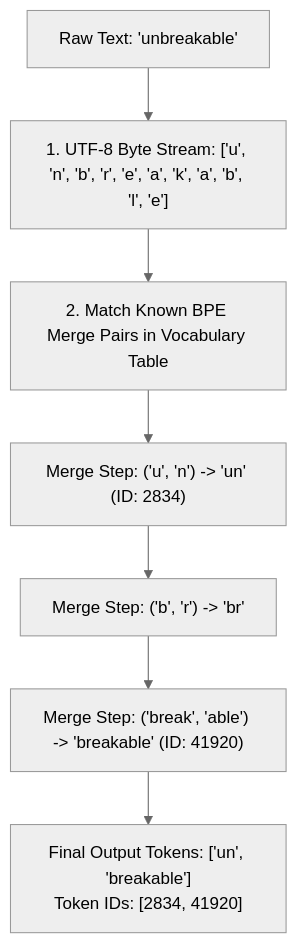
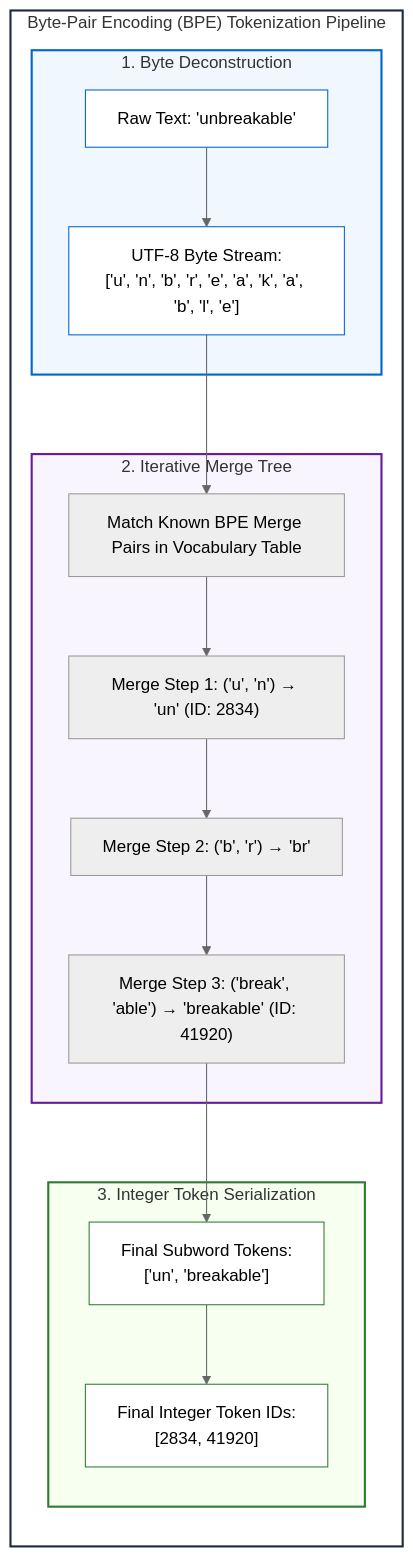
One commit to dip4k/senior-engineer-to-ai-engineer-roadmap changed the first of 2 diagrams in 00-foundations-and-token-mechanics/02-tokenization-and-bpe-mechanics.md. Above: the diagram before and after it, drawn with Mermaid (neutral theme). The commit also changed other lines of this file and 6 other files, not shown here.

````diff
--- a/00-foundations-and-token-mechanics/02-tokenization-and-bpe-mechanics.md
+++ b/00-foundations-and-token-mechanics/02-tokenization-and-bpe-mechanics.md
@@ -80,9 +90,42 @@
 ```mermaid
 flowchart TD
-    Raw["Raw Text: 'unbreakable'"] --> Bytes["1. UTF-8 Byte Stream: ['u', 'n', 'b', 'r', 'e', 'a', 'k', 'a', 'b', 'l', 'e']"]
-    Bytes --> Lookup["2. Match Known BPE Merge Pairs in Vocabulary Table"]
-    Lookup --> Merge1["Merge Step: ('u', 'n') -> 'un' (ID: 2834)"]
-    Merge1 --> Merge2["Merge Step: ('b', 'r') -> 'br'"]
-    Merge2 --> Merge3["Merge Step: ('break', 'able') -> 'breakable' (ID: 41920)"]
-    Merge3 --> FinalTokens["Final Output Tokens: ['un', 'breakable']\nToken IDs: [2834, 41920]"]
+    subgraph BPE["Byte-Pair Encoding (BPE) Tokenization Pipeline"]
+        direction TB
+
+        subgraph INGEST["1. Byte Deconstruction"]
+            Raw["Raw Text: 'unbreakable'"]
+            Bytes["UTF-8 Byte Stream:<br>['u', 'n', 'b', 'r', 'e', 'a', 'k', 'a', 'b', 'l', 'e']"]
+            Raw --> Bytes
+        end
+
+        subgraph MERGING["2. Iterative Merge Tree"]
+            Lookup["Match Known BPE Merge Pairs in Vocabulary Table"]
+            Merge1["Merge Step 1: ('u', 'n') → 'un' (ID: 2834)"]
+            Merge2["Merge Step 2: ('b', 'r') → 'br'"]
+            Merge3["Merge Step 3: ('break', 'able') → 'breakable' (ID: 41920)"]
+
+            Bytes --> Lookup
+            Lookup --> Merge1
+            Merge1 --> Merge2
+            Merge2 --> Merge3
+        end
+
+        subgraph SERIAL["3. Integer Token Serialization"]
+            FinalTokens["Final Subword Tokens:<br>['un', 'breakable']"]
+            FinalIDs["Final Integer Token IDs:<br>[2834, 41920]"]
+
+            Merge3 --> FinalTokens
+            FinalTokens --> FinalIDs
+        end
+    end
+
+    style BPE fill:#ffffff,stroke:#1e293b,stroke-width:2px
+    style INGEST fill:#f0f7ff,stroke:#0066cc,stroke-width:2px
+    style MERGING fill:#f8f5ff,stroke:#6a1b9a,stroke-width:2px
+    style SERIAL fill:#f6fff0,stroke:#2e7d32,stroke-width:2px
+
+    style Raw fill:#ffffff,stroke:#0066cc,stroke-width:1px
+    style Bytes fill:#ffffff,stroke:#0066cc,stroke-width:1px
+    style FinalTokens fill:#ffffff,stroke:#2e7d32,stroke-width:1px
+    style FinalIDs fill:#ffffff,stroke:#2e7d32,stroke-width:1px
 ```
````
